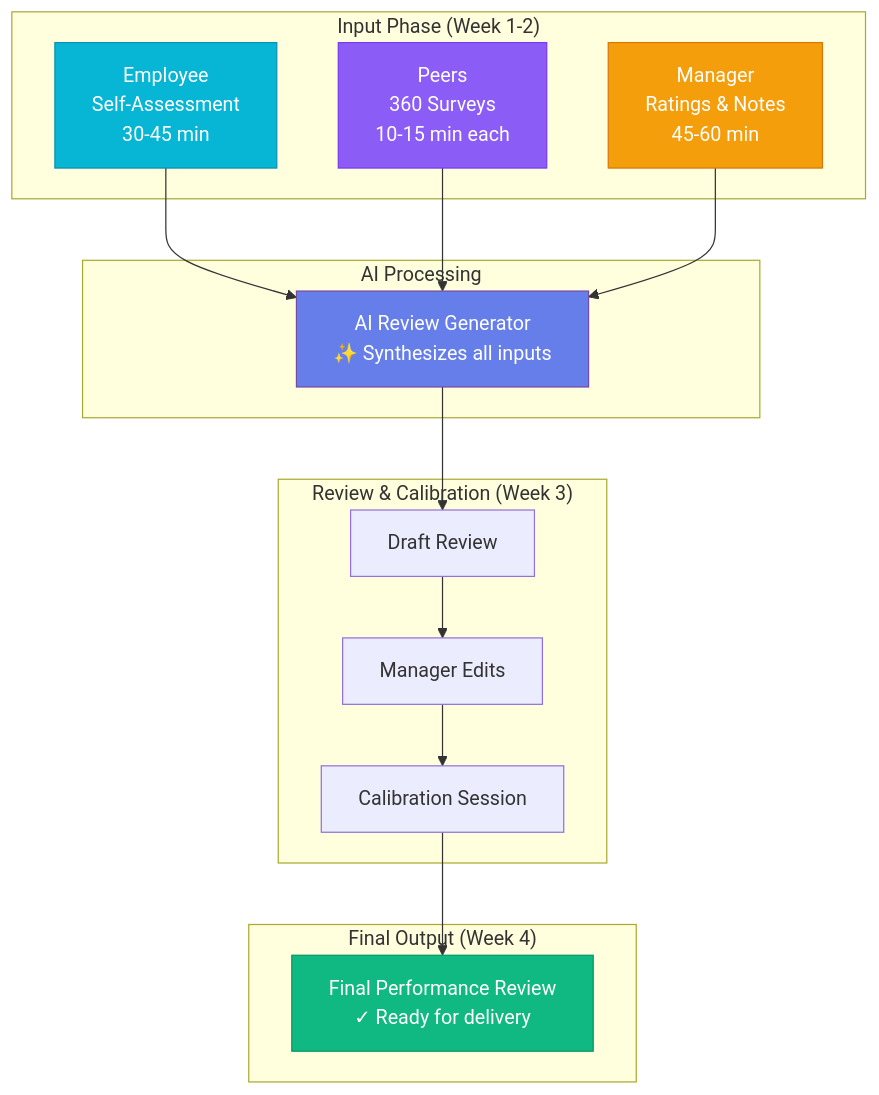
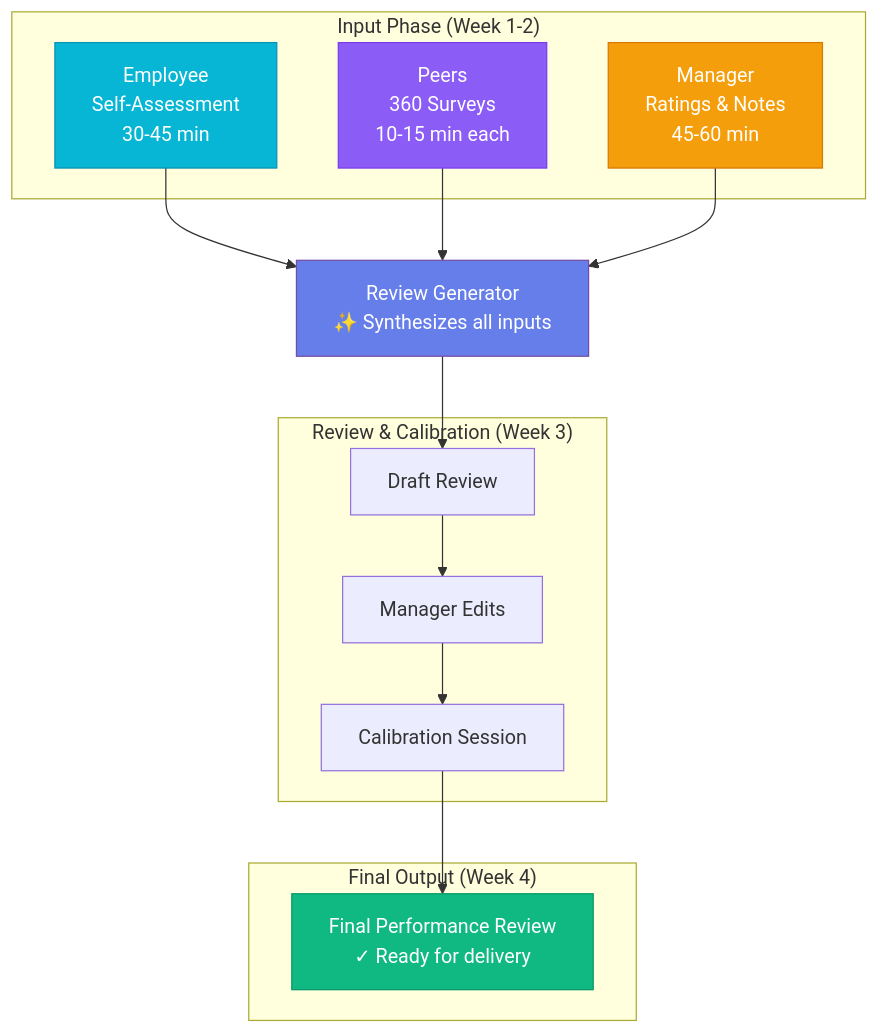
Before and after one commit to jaysunmills/performance-review: the diagram in docs/process-guide.md, drawn with Mermaid. The commit also changed 2 other files, not shown here.

Commit message:
Remove explicit 'AI' labeling from process diagrams
Update terminology to be less AI-forward:
- Changed "AI Processing" to just "Review Generator" in Mermaid diagram
- Changed "AI Review Generator" to "Review Generator" in HTML diagram
- Changed "AI-Assisted" to "Automated Synthesis" in legend
- Changed "AI-Generated Summary" to "Auto-Generated Summary" in preview modal

The functionality and benefits remain the same, but the language is
more neutral and focuses on the automation rather than the AI aspect.

````diff
--- a/docs/process-guide.md
+++ b/docs/process-guide.md
@@ -37,36 +37,34 @@
 ```mermaid
 flowchart TB
     subgraph Inputs["Input Phase (Week 1-2)"]
         A[Employee<br/>Self-Assessment<br/>30-45 min]
         B[Peers<br/>360 Surveys<br/>10-15 min each]
         C[Manager<br/>Ratings & Notes<br/>45-60 min]
     end
 
-    subgraph AI["AI Processing"]
-        D[AI Review Generator<br/>✨ Synthesizes all inputs]
-    end
+    D[Review Generator<br/>✨ Synthesizes all inputs]
 
     subgraph Review["Review & Calibration (Week 3)"]
         E[Draft Review]
         F[Manager Edits]
         G[Calibration Session]
     end
 
     subgraph Output["Final Output (Week 4)"]
         H[Final Performance Review<br/>✓ Ready for delivery]
     end
 
     A --> D
     B --> D
     C --> D
     D --> E
     E --> F
     F --> G
     G --> H
 
     style A fill:#06b6d4,stroke:#0891b2,color:#fff
     style B fill:#8b5cf6,stroke:#7c3aed,color:#fff
     style C fill:#f59e0b,stroke:#d97706,color:#fff
     style D fill:#667eea,stroke:#764ba2,color:#fff
     style H fill:#10b981,stroke:#059669,color:#fff
 ```
````
